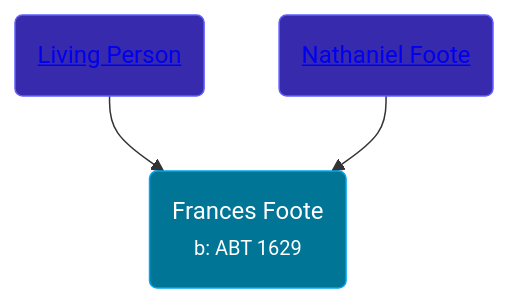
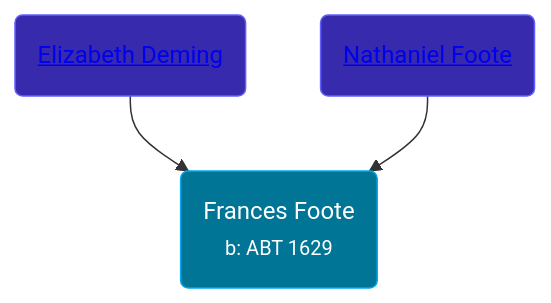
One commit to wpmgotkh/wpmgotkh.github.io changed the diagram in pages/people/9/96421042.md. Above: the diagram before and after it, drawn with Mermaid. The commit also changed other lines of this file and 586 other files, not shown here.

Commit message:
feat: better shouldConsiderPersonLiving algo

````diff
--- a/pages/people/9/96421042.md
+++ b/pages/people/9/96421042.md
@@ -10,9 +10,9 @@
 ```mermaid
 graph
 classDef grands fill:#193cb8,stroke:#2b7fff,stroke-width:1px,color:#fff;
 classDef parents fill:#372aac,stroke:#615fff,stroke-width:1px,color:#fff;
 classDef primary fill:#007595,stroke:#00a6f4,stroke-width:1px,color:#fff;
 96421042(Frances Foote<br /><small>b: ABT 1629</small>):::primary
-77201280(<a class="text-white" href="/people/7/77201280">Living Person</a>):::parents-->96421042
+77201280(<a class="text-white" href="/people/7/77201280">Elizabeth Deming</a>):::parents-->96421042
 64098820(<a class="text-white" href="/people/6/64098820">Nathaniel Foote</a>):::parents-->96421042
 ```
````
